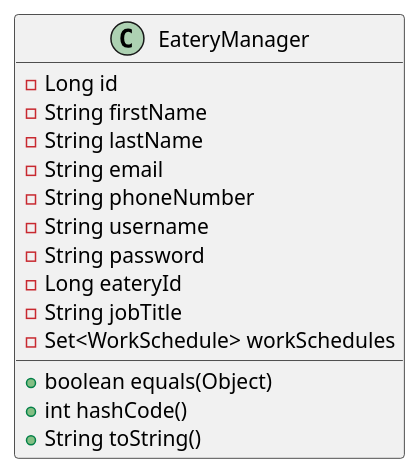
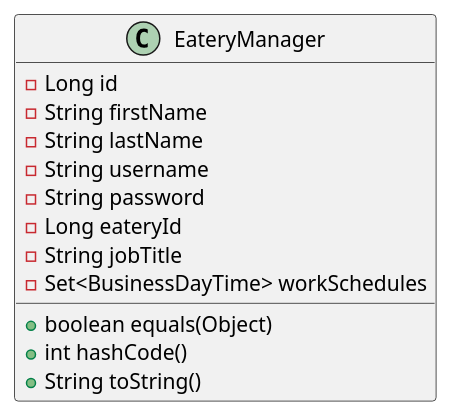
Before and after one commit to kyklospi/eatery: the diagram in diagram/manager.puml, drawn with PlantUML. The commit also changed 34 other files, not shown here.

```diff
--- a/diagram/manager.puml
+++ b/diagram/manager.puml
@@ -1,17 +1,15 @@
 @startuml
 class EateryManager {
 - Long id
 - String firstName
 - String lastName
-- String email
-- String phoneNumber
 - String username
 - String password
 - Long eateryId
 - String jobTitle
-- Set<WorkSchedule> workSchedules
+- Set<BusinessDayTime> workSchedules
 + boolean equals(Object)
 + int hashCode()
 + String toString()
 }
 @enduml
```
